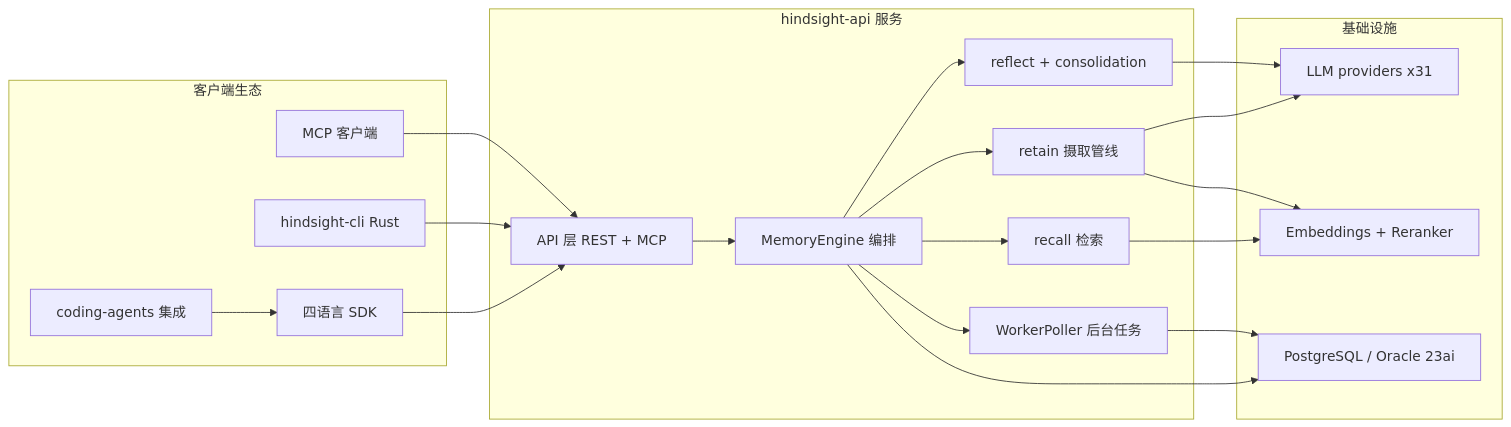
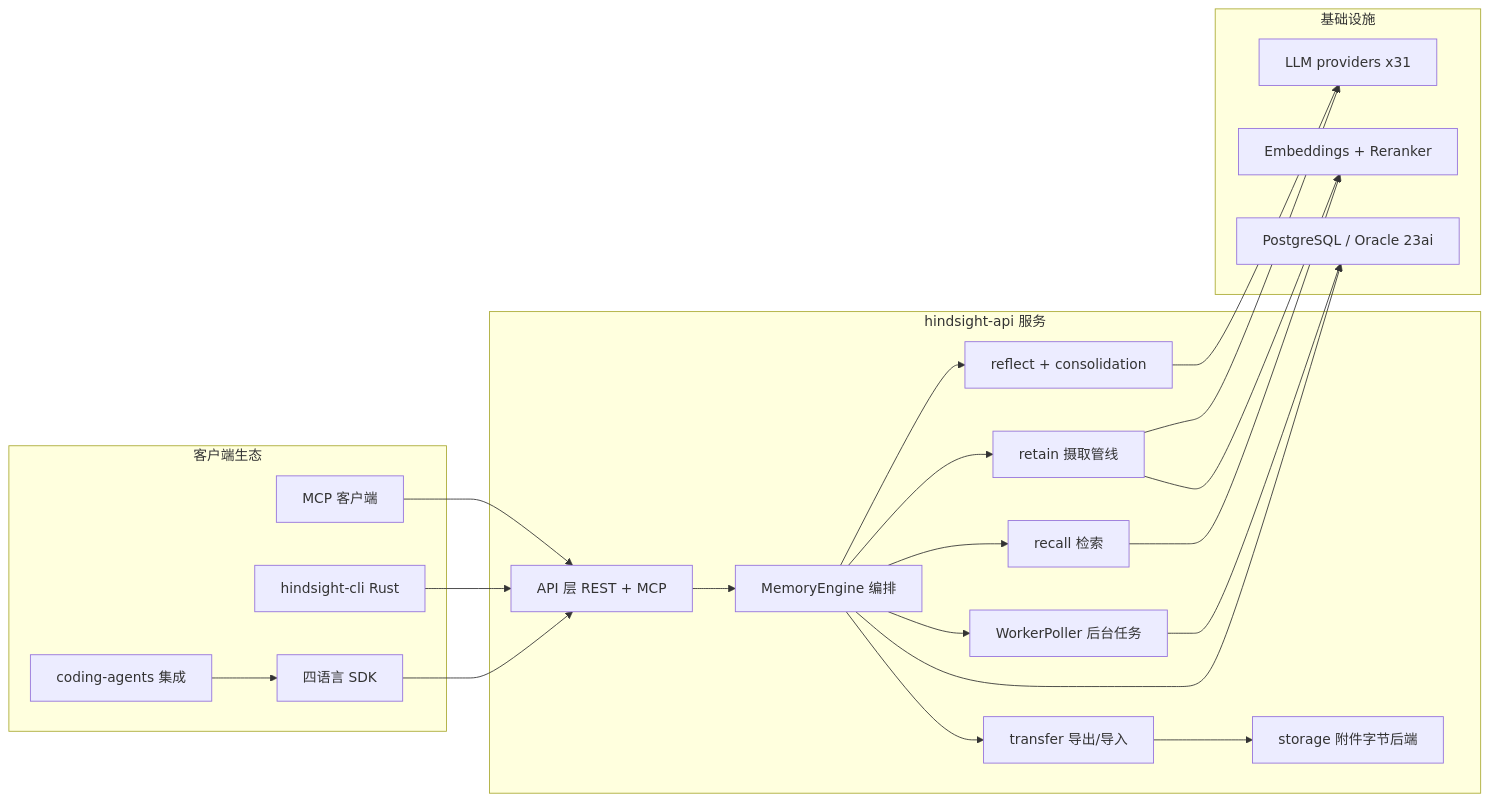
The diagram in docs/hindsight/source-study/00-导读.md (stefanv5/memory-platform-architecture), drawn with Mermaid before and after one commit. The commit also changed other lines of this file and 7 other files, not shown here.

Commit message:
docs(hindsight): update 7-volume source study to v0.10.2 (f7dd3f4fd) — engine memories/pg restructure, storage/transfer subsystems, reflect presentation (#4656), refresh pausing (#4618), rank-decayed boost (#4653), bank aliases; verified per-module by review agents

````diff
--- a/docs/hindsight/source-study/00-导读.md
+++ b/docs/hindsight/source-study/00-导读.md
@@ -27,37 +27,41 @@
 ```mermaid
 flowchart LR
     subgraph CLIENTS["客户端生态"]
         SDK["四语言 SDK"]
         CLI["hindsight-cli Rust"]
         AGENTS["coding-agents 集成"]
         MCP["MCP 客户端"]
     end
     subgraph SERVER["hindsight-api 服务"]
         API["API 层 REST + MCP"]
         ENG["MemoryEngine 编排"]
         RETAIN["retain 摄取管线"]
         RECALL["recall 检索"]
         REFLECT["reflect + consolidation"]
+        TRF["transfer 导出/导入"]
+        STOR["storage 附件字节后端"]
         WORKER["WorkerPoller 后台任务"]
     end
     subgraph INFRA["基础设施"]
         LLM["LLM providers x31"]
         EMB["Embeddings + Reranker"]
         DB["PostgreSQL / Oracle 23ai"]
     end
     SDK --> API
     CLI --> API
     AGENTS --> SDK
     MCP --> API
     API --> ENG
     ENG --> RETAIN
     ENG --> RECALL
     ENG --> REFLECT
     ENG --> WORKER
     RETAIN --> LLM
     REFLECT --> LLM
     RECALL --> EMB
     RETAIN --> EMB
     ENG --> DB
+    ENG --> TRF
+    TRF --> STOR
     WORKER --> DB
 ```
````
